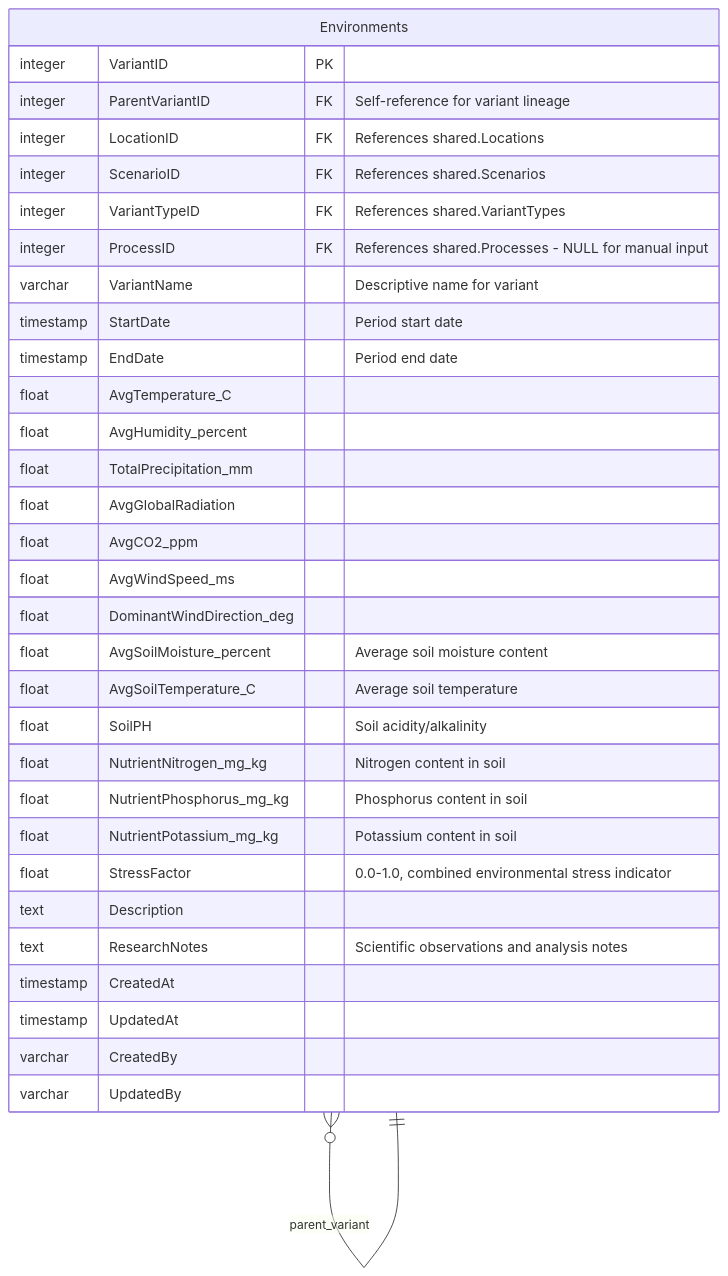
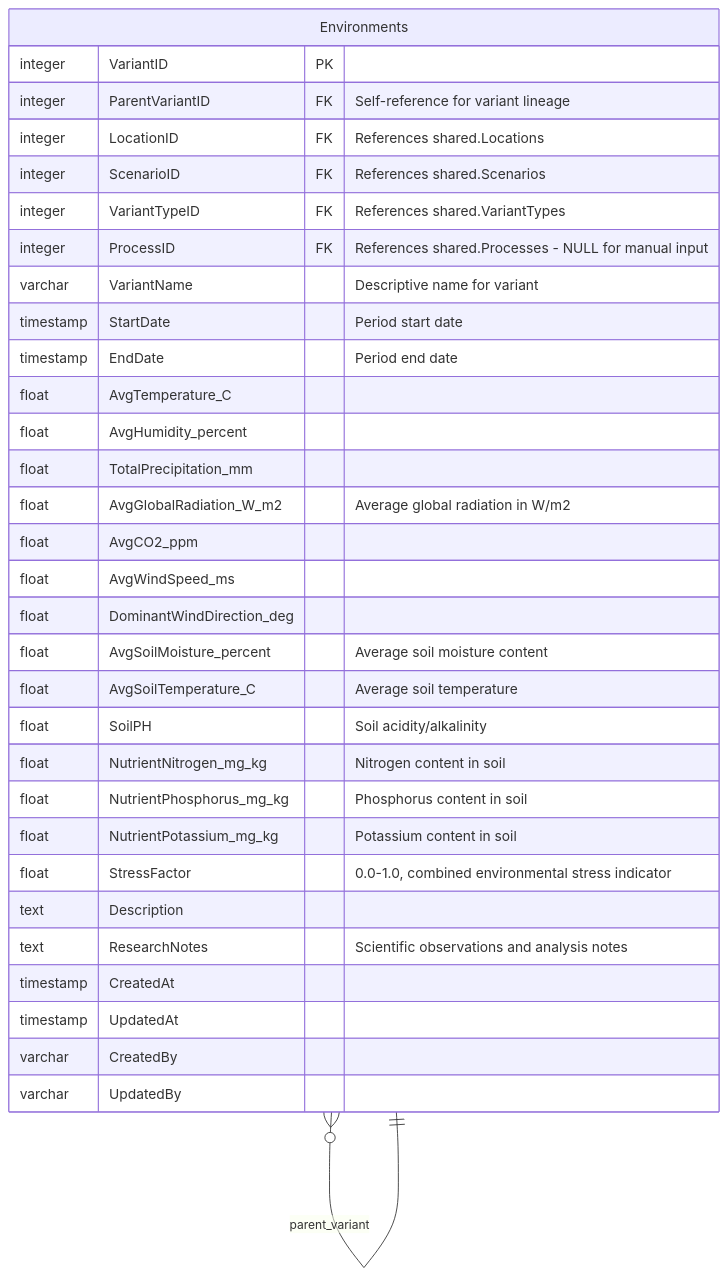
One commit to XRFutureForests/digital-twin-db changed diagram 19 of 20 in docs/database-schema.md. Above: the diagram before and after it, drawn with Mermaid. The commit also changed other lines of this file and 25 other files, not shown here.

Commit message:
feat: Add Campaigns table for data collection events and enhance Trees schema with new measurement fields

````diff
--- a/docs/database-schema.md
+++ b/docs/database-schema.md
@@ -519,36 +822,36 @@
 ```mermaid
 erDiagram
     Environments {
         integer VariantID PK
         integer ParentVariantID FK "Self-reference for variant lineage"
         integer LocationID FK "References shared.Locations"
         integer ScenarioID FK "References shared.Scenarios"
         integer VariantTypeID FK "References shared.VariantTypes"
         integer ProcessID FK "References shared.Processes - NULL for manual input"
         varchar VariantName "Descriptive name for variant"
         timestamp StartDate "Period start date"
         timestamp EndDate "Period end date"
         float AvgTemperature_C
         float AvgHumidity_percent
         float TotalPrecipitation_mm
-        float AvgGlobalRadiation
+        float AvgGlobalRadiation_W_m2 "Average global radiation in W/m2"
         float AvgCO2_ppm
         float AvgWindSpeed_ms
         float DominantWindDirection_deg
         float AvgSoilMoisture_percent "Average soil moisture content"
         float AvgSoilTemperature_C "Average soil temperature"
         float SoilPH "Soil acidity/alkalinity"
         float NutrientNitrogen_mg_kg "Nitrogen content in soil"
         float NutrientPhosphorus_mg_kg "Phosphorus content in soil"
         float NutrientPotassium_mg_kg "Potassium content in soil"
         float StressFactor "0.0-1.0, combined environmental stress indicator"
         text Description
         text ResearchNotes "Scientific observations and analysis notes"
         timestamp CreatedAt
         timestamp UpdatedAt
         varchar CreatedBy
         varchar UpdatedBy
     }
 
     Environments }o--|| Environments : "parent_variant"
 ```
````
